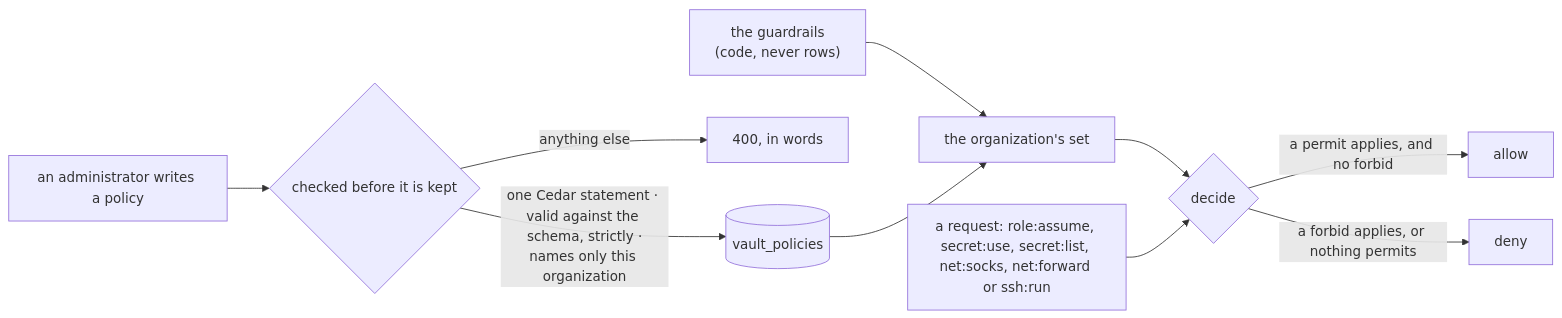
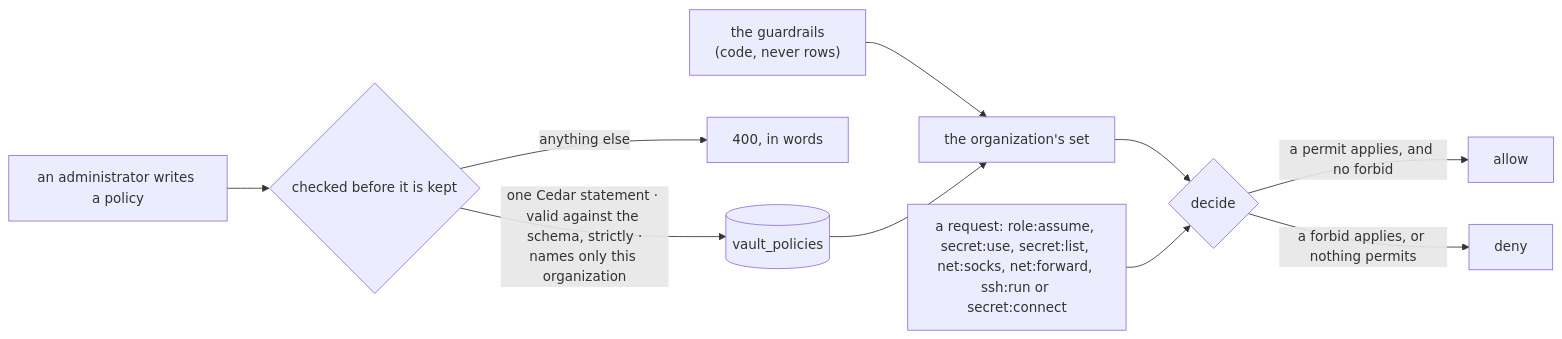
One commit to gjovanov/roomler-ai changed the second of 29 diagrams in docs/vault.md. Above: the diagram before and after it, drawn with Mermaid. The commit also changed other lines of this file and 35 other files, not shown here.

````diff
--- a/docs/vault.md
+++ b/docs/vault.md
@@ -255,12 +256,12 @@
 ```mermaid
 flowchart LR
     W["an administrator writes a policy"] --> C{"checked before it is kept"}
     C -->|"one Cedar statement · valid against the schema, strictly ·<br/>names only this organization"| S[("vault_policies")]
     C -->|"anything else"| R["400, in words"]
     G["the guardrails<br/>(code, never rows)"] --> SET["the organization's set"]
     S --> SET
     SET --> D{"decide"}
-    Q["a request: role:assume, secret:use, secret:list, net:socks, net:forward or ssh:run"] --> D
+    Q["a request: role:assume, secret:use, secret:list, net:socks, net:forward, ssh:run or secret:connect"] --> D
     D -->|"a permit applies, and no forbid"| A["allow"]
     D -->|"a forbid applies, or nothing permits"| N["deny"]
 ```
````
